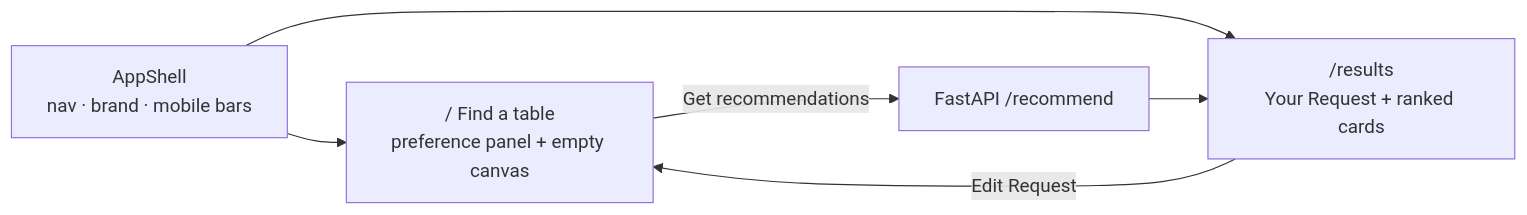
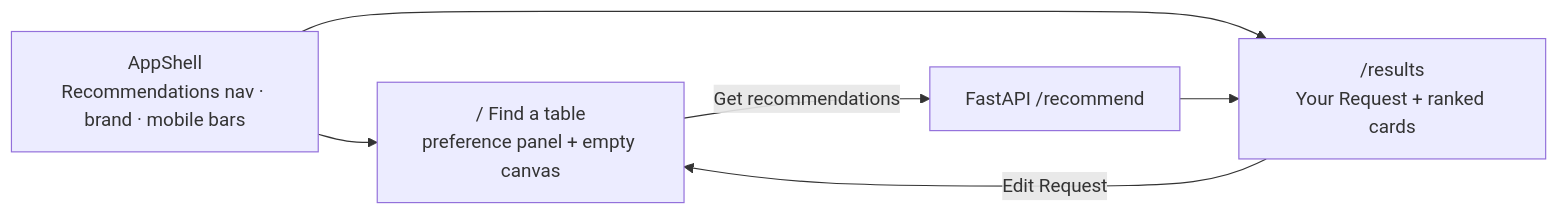
One commit to SushmitaDasgupta/zomato-ai-recommendation changed the fourth of 4 diagrams in docs/implementation-plan.md. Above: the diagram before and after it, drawn with Mermaid. The commit also changed other lines of this file and 2 other files, not shown here.

Commit message:
Drop Saved, History, Settings, and Account so Tablepick nav is Recommendations only.

````diff
--- a/docs/implementation-plan.md
+++ b/docs/implementation-plan.md
@@ -317,13 +317,13 @@
 ```mermaid
 flowchart LR
-  Shell["AppShell<br/>nav · brand · mobile bars"]
+  Shell["AppShell<br/>Recommendations nav · brand · mobile bars"]
   Find["/ Find a table<br/>preference panel + empty canvas"]
   Results["/results<br/>Your Request + ranked cards"]
   API["FastAPI /recommend"]
 
   Shell --> Find
   Shell --> Results
   Find -->|"Get recommendations"| API
   API --> Results
   Results -->|"Edit Request"| Find
 ```
````
